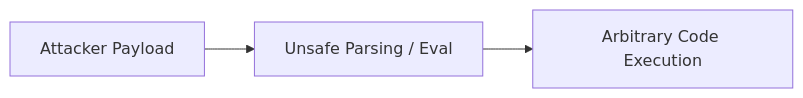
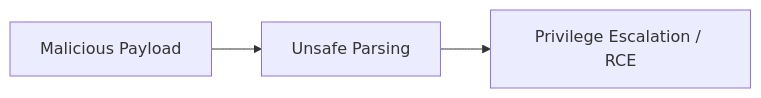
The diagram in templates/CVE_TEMPLATE.md (Namanbhatt-01/learningfromvaliddoc), drawn with Mermaid before and after one commit. The commit also changed other lines of this file and 8 other files, not shown here.

````diff
--- a/templates/CVE_TEMPLATE.md
+++ b/templates/CVE_TEMPLATE.md
@@ -22,5 +21,5 @@
 ```mermaid
 graph LR
-    Attacker[Attacker Payload] --> Parser[Unsafe Parsing / Eval]
-    Parser --> Execution[Arbitrary Code Execution]
+    Input[Malicious Payload] --> VulnerableParser[Unsafe Parsing]
+    VulnerableParser --> Impact[Privilege Escalation / RCE]
 ```
````
